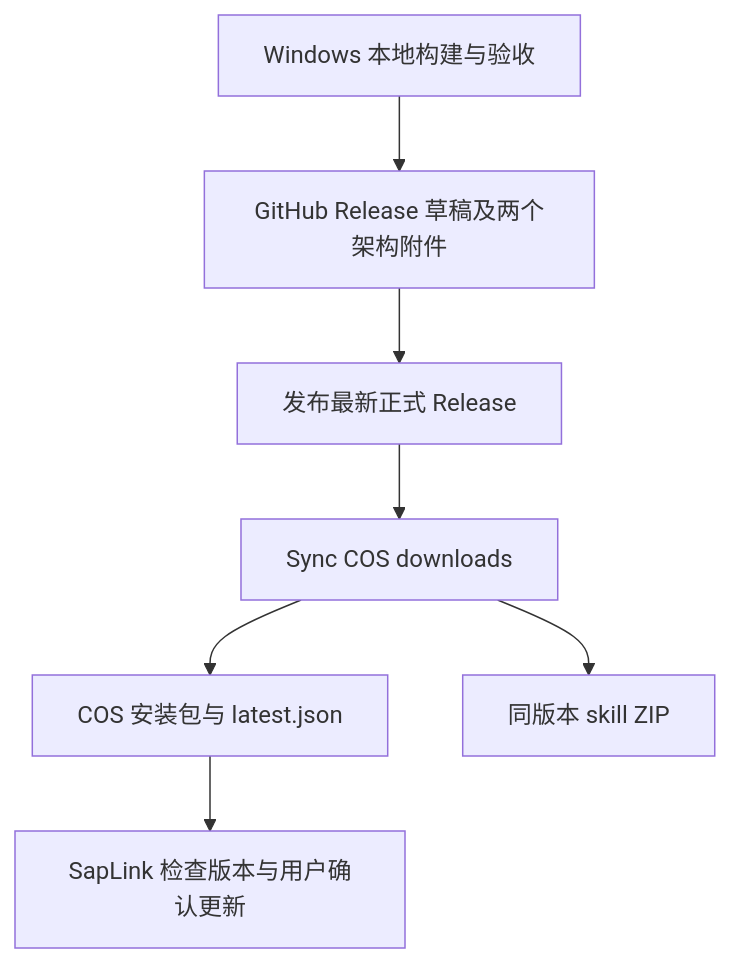
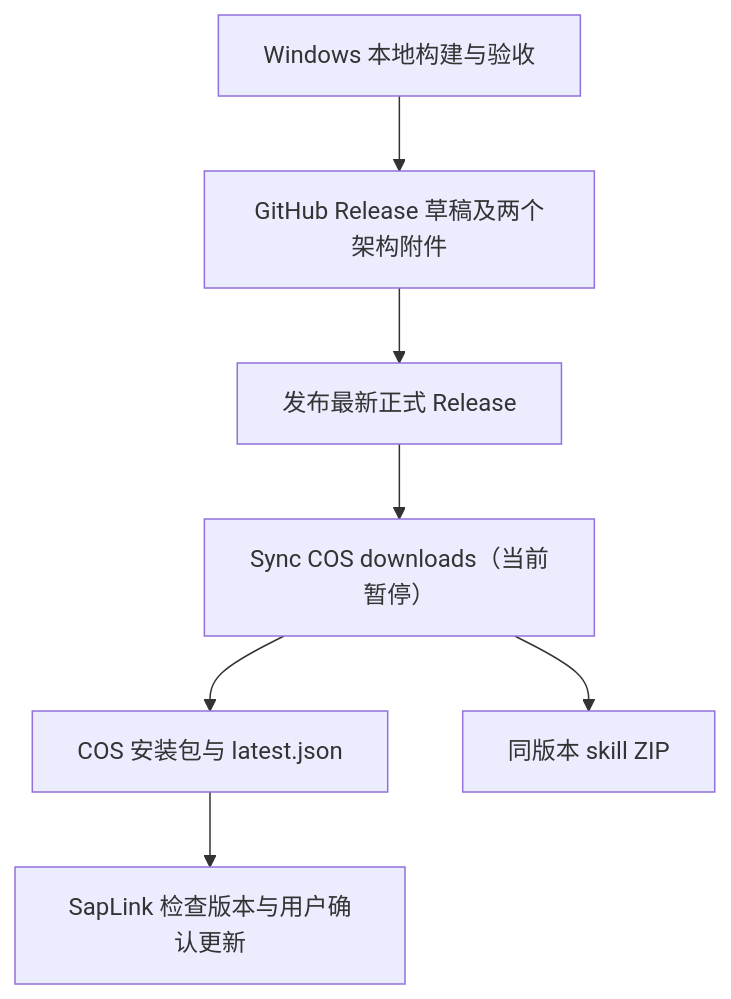
Before and after one commit to OneOFF-ive/saplink: the diagram in docs/releases-and-actions.md, drawn with Mermaid. The commit also changed other lines of this file and 50 other files, not shown here.

````diff
--- a/docs/releases-and-actions.md
+++ b/docs/releases-and-actions.md
@@ -7,9 +15,9 @@
 ```mermaid
 flowchart TD
     Build[Windows 本地构建与验收] --> Draft[GitHub Release 草稿及两个架构附件]
     Draft --> Release[发布最新正式 Release]
-    Release --> COS[Sync COS downloads]
+    Release --> COS[Sync COS downloads（当前暂停）]
     COS --> Manifest[COS 安装包与 latest.json]
     COS --> CosSkill[同版本 skill ZIP]
     Manifest --> Client[SapLink 检查版本与用户确认更新]
 ```
````
